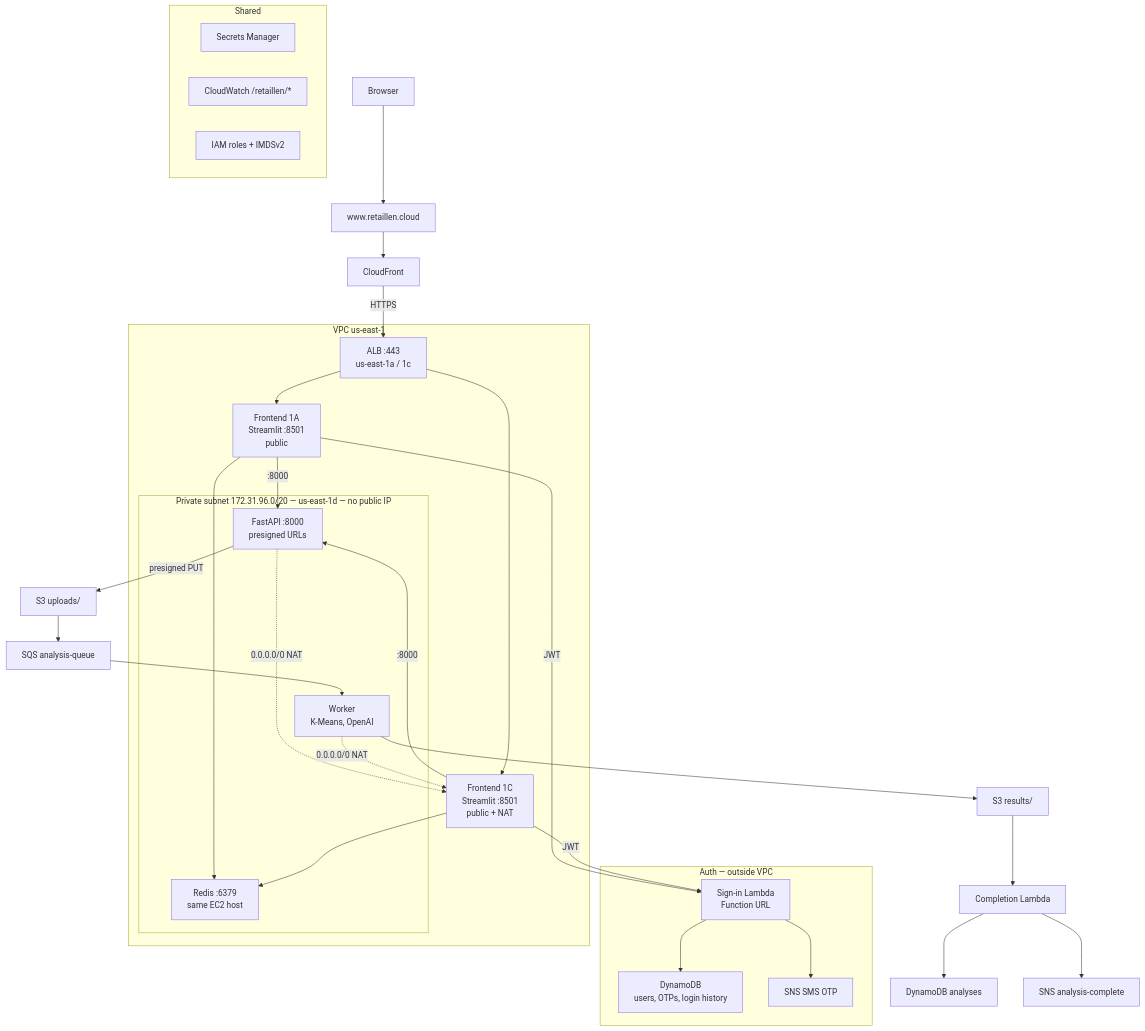
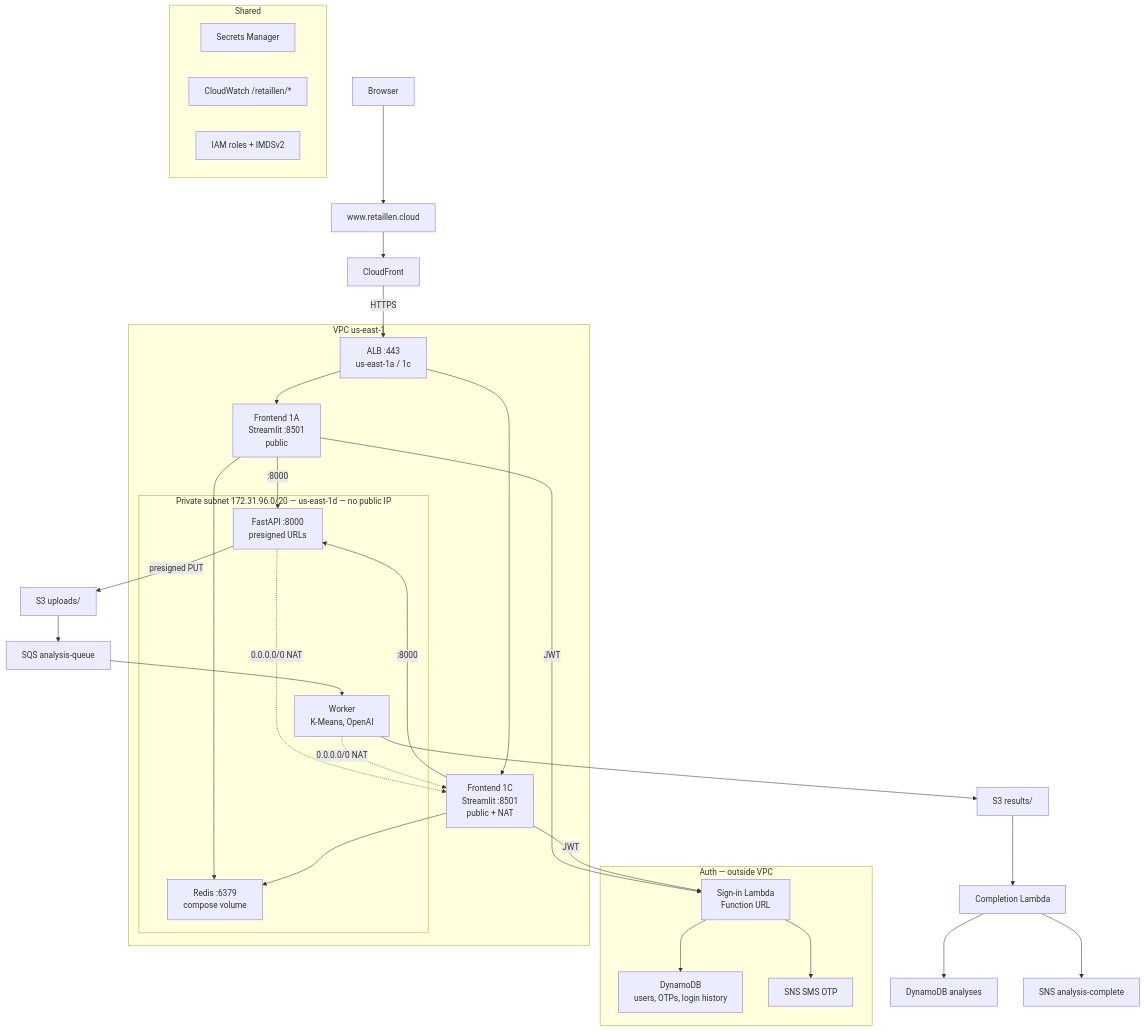
The first of 4 diagrams in docs/architecture.md (xiaofang2016/retail-lense), drawn with Mermaid before and after one commit. The commit also changed 5 other files, not shown here.

Commit message:
add redis into docker compose

````diff
--- a/docs/architecture.md
+++ b/docs/architecture.md
@@ -5,49 +5,49 @@
 ```mermaid
 flowchart TB
   Browser --> DNS["www.retaillen.cloud"]
   DNS --> CF[CloudFront]
   CF -->|HTTPS| ALB["ALB :443<br/>us-east-1a / 1c"]
 
   subgraph AUTH["Auth — outside VPC"]
     LAM["Sign-in Lambda<br/>Function URL"]
     DDBU["DynamoDB<br/>users, OTPs, login history"]
     SNSOTP["SNS SMS OTP"]
     LAM --> DDBU
     LAM --> SNSOTP
   end
 
   subgraph VPC["VPC us-east-1"]
     ALB --> FEA["Frontend 1A<br/>Streamlit :8501<br/>public"]
     ALB --> FEC["Frontend 1C<br/>Streamlit :8501<br/>public + NAT"]
 
     subgraph PRIV["Private subnet 172.31.96.0/20 — us-east-1d — no public IP"]
       API["FastAPI :8000<br/>presigned URLs"]
       WRK["Worker<br/>K-Means, OpenAI"]
-      REDIS["Redis :6379<br/>same EC2 host"]
+      REDIS["Redis :6379<br/>compose volume"]
     end
 
     FEA -->|:8000| API
     FEC -->|:8000| API
     FEA --> REDIS
     FEC --> REDIS
     API -.->|"0.0.0.0/0 NAT"| FEC
     WRK -.->|"0.0.0.0/0 NAT"| FEC
   end
 
   FEA -->|JWT| LAM
   FEC -->|JWT| LAM
 
   API -->|presigned PUT| S3U["S3 uploads/"]
   S3U --> SQS["SQS analysis-queue"]
   SQS --> WRK
   WRK --> S3R["S3 results/"]
   S3R --> COMP["Completion Lambda"]
   COMP --> DDBA["DynamoDB analyses"]
   COMP --> SNSDONE["SNS analysis-complete"]
 
   subgraph XCUT["Shared"]
     SM["Secrets Manager"]
     CW["CloudWatch /retaillen/*"]
     IAM["IAM roles + IMDSv2"]
   end
 ```
````
